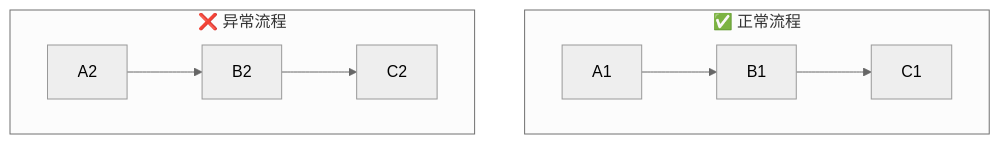
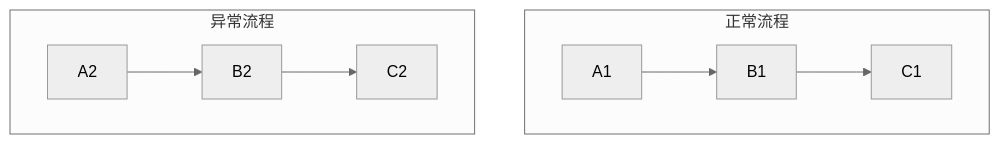
One commit to zxremail/cursor.config_mcp_rules_skills changed the second of 9 diagrams in skills/mermaid-flowchart-layout/SKILL.md. Above: the diagram before and after it, drawn with Mermaid (neutral theme). The commit also changed other lines of this file and 1 other file, not shown here.

````diff
--- a/skills/mermaid-flowchart-layout/SKILL.md
+++ b/skills/mermaid-flowchart-layout/SKILL.md
@@ -75,9 +88,9 @@
 ```mermaid
 flowchart TB
-    subgraph 正常流程["✅ 正常流程"]
+    subgraph 正常流程["正常流程"]
         A1 --> B1 --> C1
     end
-    subgraph 异常流程["❌ 异常流程"]
+    subgraph 异常流程["异常流程"]
         A2 --> B2 --> C2
     end
 ```
````
